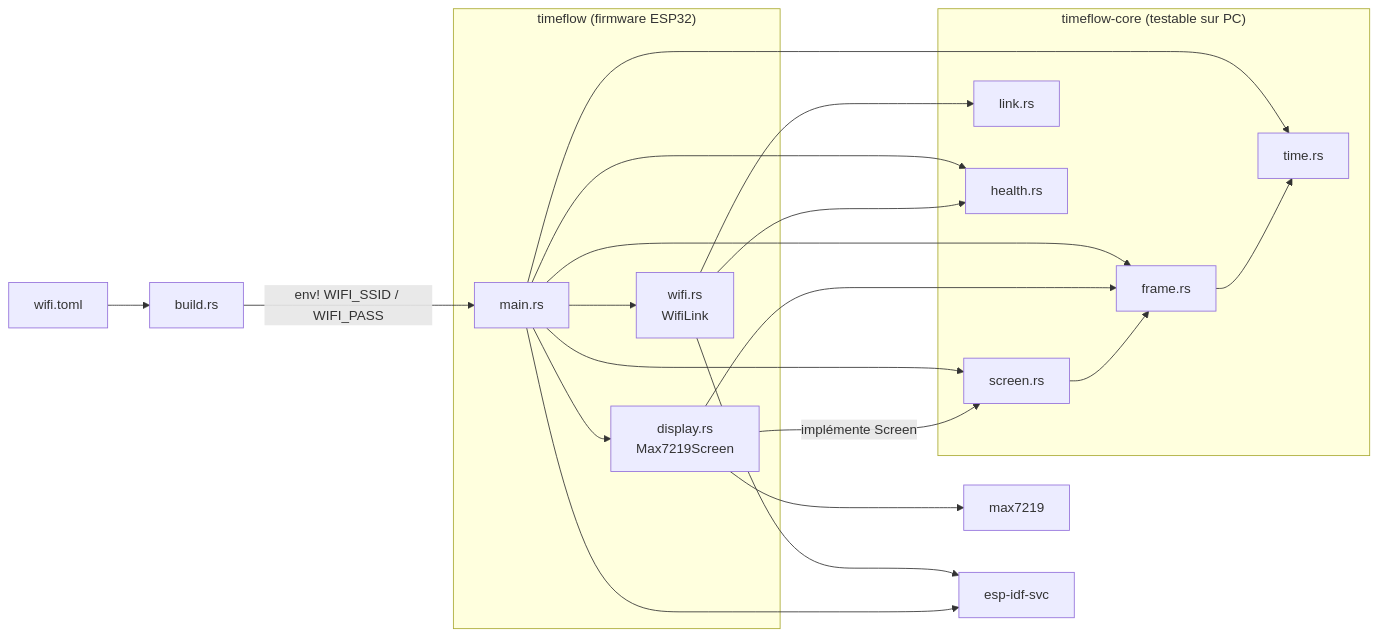
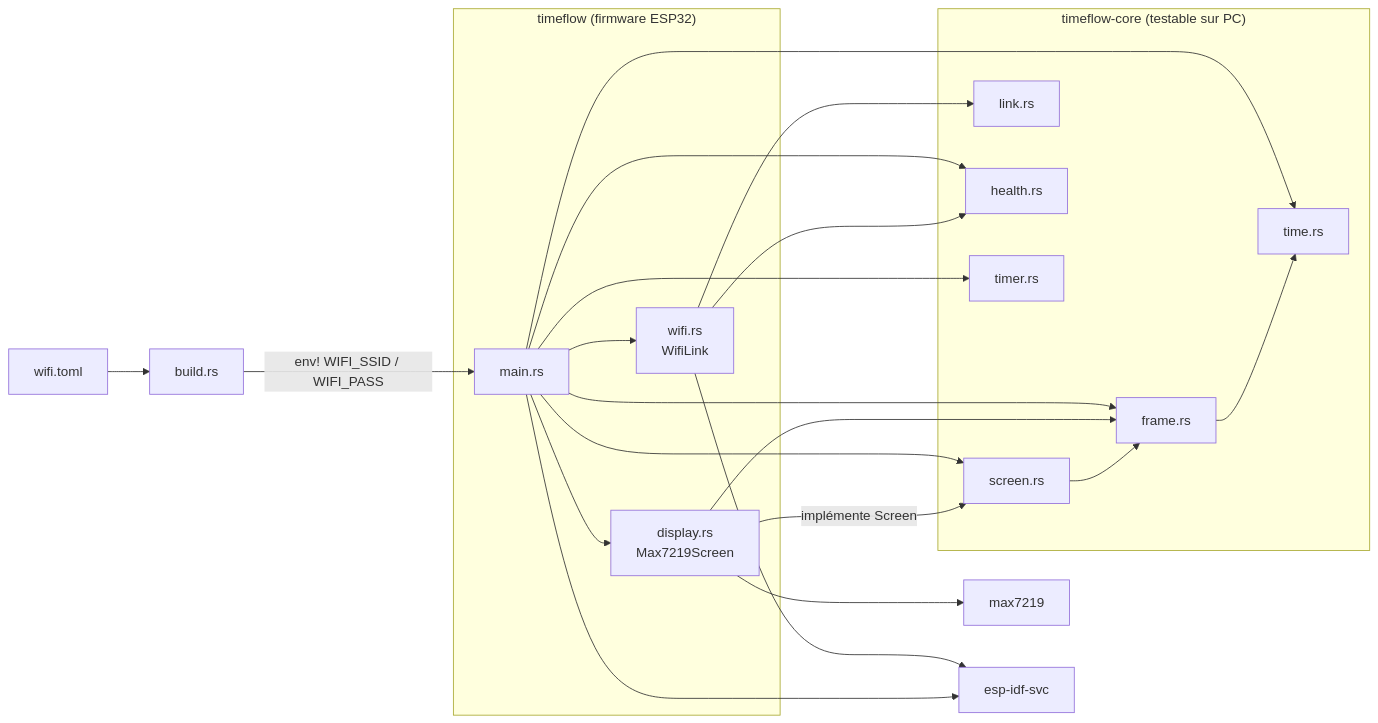
One commit to jprecigout/timeflow changed the first of 3 diagrams in docs/architecture.md. Above: the diagram before and after it, drawn with Mermaid. The commit also changed other lines of this file and 7 other files, not shown here.

````diff
--- a/docs/architecture.md
+++ b/docs/architecture.md
@@ -31,26 +32,27 @@
 ```mermaid
 flowchart LR
     subgraph firmware["timeflow (firmware ESP32)"]
         main[main.rs]
         display[display.rs<br/>Max7219Screen]
         wifi[wifi.rs<br/>WifiLink]
     end
     subgraph core["timeflow-core (testable sur PC)"]
         time[time.rs]
         frame[frame.rs]
         screen[screen.rs]
         link[link.rs]
         health[health.rs]
+        timer[timer.rs]
     end
     main --> display & wifi
-    main --> time & frame & screen & health
+    main --> time & frame & screen & health & timer
     display -- "implémente Screen" --> screen
     display --> frame
     wifi --> link & health
     screen --> frame
     frame --> time
     display --> max[max7219]
     wifi --> esp[esp-idf-svc]
     main --> esp
     wifitoml[wifi.toml] --> build[build.rs] -- "env! WIFI_SSID / WIFI_PASS" --> main
 ```
````
